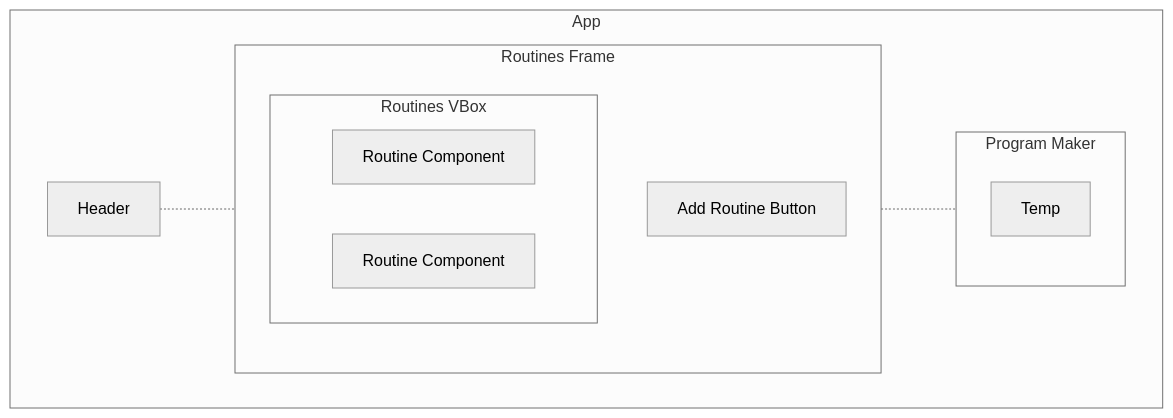
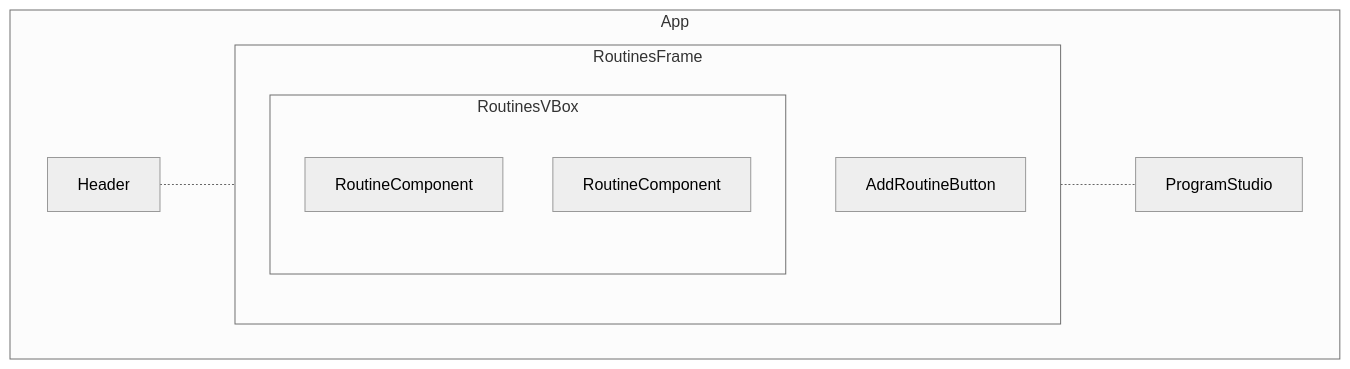
Before and after one commit to sonnygeorge/routine-butler: the third of 7 diagrams in README.md, drawn with Mermaid (neutral theme). The commit also changed other lines of this file and 1 other file, not shown here.

````diff
--- a/README.md
+++ b/README.md
@@ -95,23 +69,19 @@
 ```mermaid
 flowchart TD
     subgraph APP["App"]
 
-        subgraph RV["Routines VBox"]
-            RC1["Routine Component"]
-            RC2["Routine Component"]
+        subgraph RV["RoutinesVBox"]
+            RC1["RoutineComponent"]
+            RC2["RoutineComponent"]
         end
 
-        subgraph RF["Routines Frame"]
+        subgraph RF["RoutinesFrame"]
             RV
-            ARB["Add Routine Button"]
+            ARB["AddRoutineButton"]
         end
 
         H["Header"] -.- RF
 
-        subgraph PM["Program Maker"]
-            T["Temp"]
-        end
-
-        RF -.- PM
+        RF -.- PS["ProgramStudio"]
     end
 ```
````
